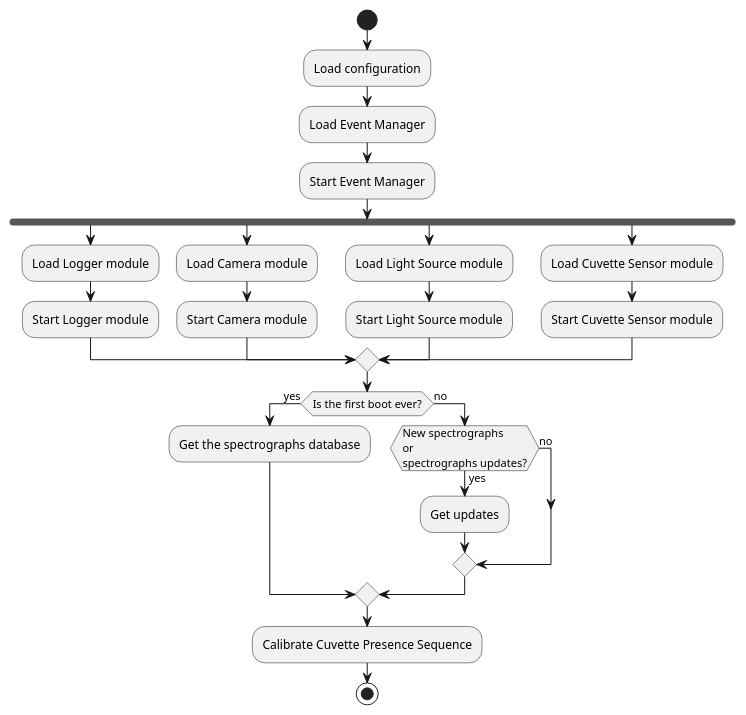
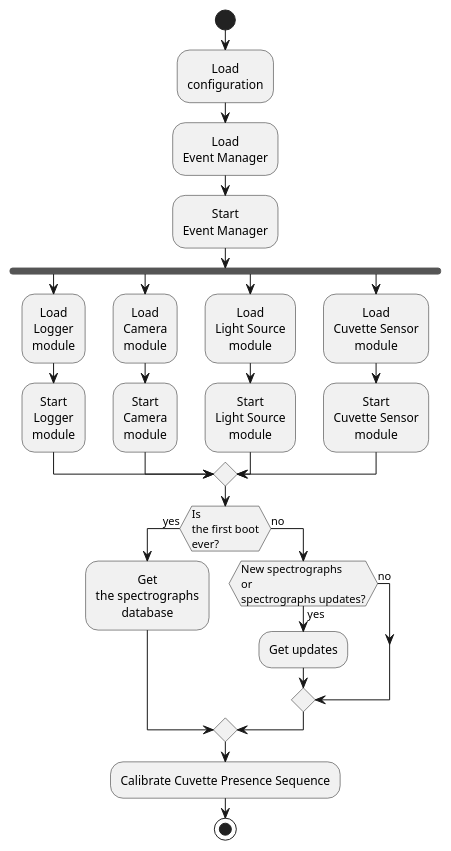
The diagram in diagrams/boot.plantuml (rantonet/raspiscope-python), drawn with PlantUML before and after one commit. The commit also changed 8 other files, not shown here.

```diff
--- a/diagrams/boot.plantuml
+++ b/diagrams/boot.plantuml
@@ -1,29 +1,32 @@
 @startuml Boot activity
+<style>
+element{ HorizontalAlignment:center; }
+</style>
 start
-:Load configuration;
-:Load Event Manager;
-:Start Event Manager;
+:Load\nconfiguration;
+:Load\nEvent Manager;
+:Start\nEvent Manager;
 fork
-    :Load Logger module;
-    :Start Logger module;
+    :Load\nLogger\nmodule;
+    :Start\nLogger\nmodule;
 fork again
-    :Load Camera module;
-    :Start Camera module;
+    :Load\nCamera\nmodule;
+    :Start\nCamera\nmodule;
 fork again
-    :Load Light Source module;
-    :Start Light Source module;
+    :Load\nLight Source\nmodule;
+    :Start\nLight Source\nmodule;
 fork again
-    :Load Cuvette Sensor module;
-    :Start Cuvette Sensor module;
+    :Load\nCuvette Sensor\nmodule;
+    :Start\nCuvette Sensor\nmodule;
 end merge
-if (Is the first boot ever?) then (yes)
-    :Get the spectrographs database;
+if (Is\nthe first boot\never?) then (yes)
+    :Get\nthe spectrographs\ndatabase;
 else (no)
     if (New spectrographs\nor\nspectrographs updates?) then (yes)
         :Get updates;
     else (no)
     endif
 endif
 :Calibrate Cuvette Presence Sequence;
 stop
 @enduml
```
